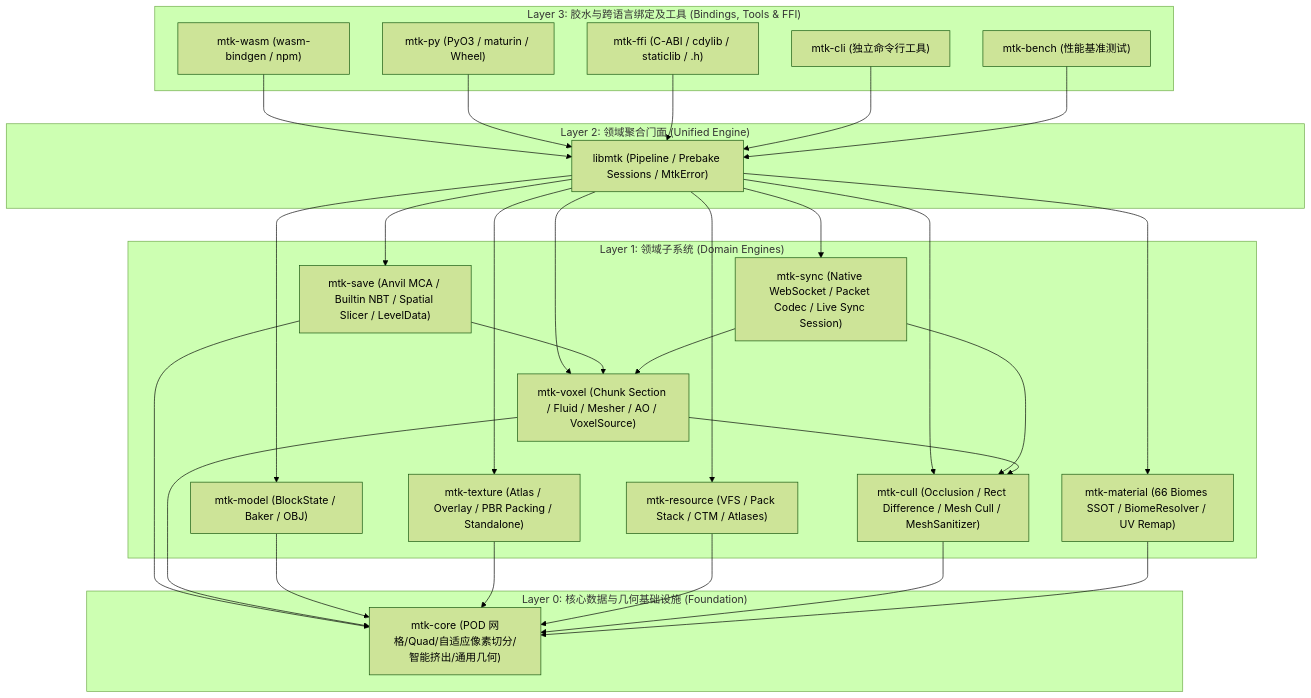
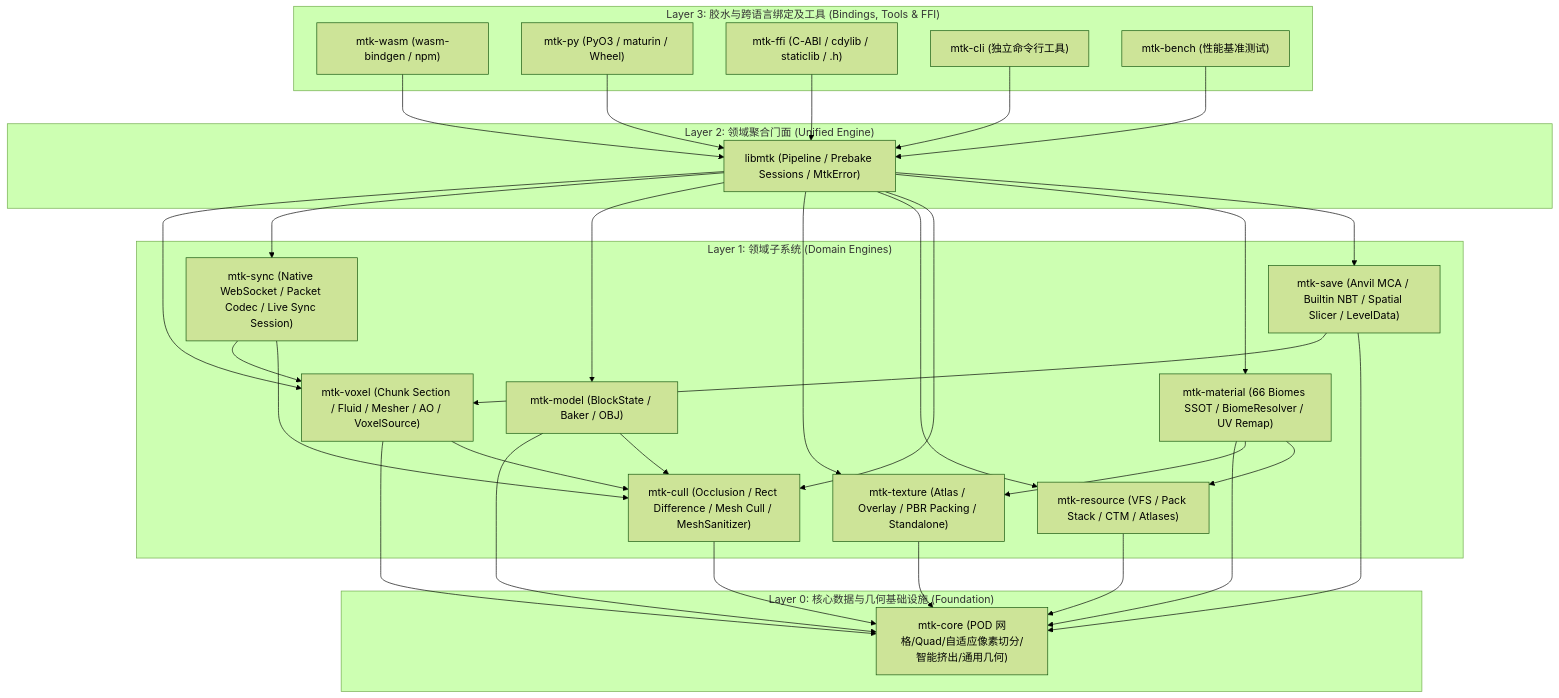
One commit to mozi1924/libmozitoolkit changed the diagram in docs/ARCHITECTURE.md. Above: the diagram before and after it, drawn with Mermaid (forest theme). The commit also changed other lines of this file and 37 other files, not shown here.

````diff
--- a/docs/ARCHITECTURE.md
+++ b/docs/ARCHITECTURE.md
@@ -18,57 +18,60 @@
 ```mermaid
 graph TD
     subgraph Layer3_Bindings["Layer 3: 胶水与跨语言绑定及工具 (Bindings, Tools & FFI)"]
         WASM["mtk-wasm (wasm-bindgen / npm)"]
         PY["mtk-py (PyO3 / maturin / Wheel)"]
         FFI["mtk-ffi (C-ABI / cdylib / staticlib / .h)"]
         CLI["mtk-cli (独立命令行工具)"]
         BENCH["mtk-bench (性能基准测试)"]
     end
 
     subgraph Layer2_Facade["Layer 2: 领域聚合门面 (Unified Engine)"]
         LIBMTK["libmtk (Pipeline / Prebake Sessions / MtkError)"]
     end
 
     subgraph Layer1_Domain["Layer 1: 领域子系统 (Domain Engines)"]
         VOXEL["mtk-voxel (Chunk Section / Fluid / Mesher / AO / VoxelSource)"]
         SYNC["mtk-sync (Native WebSocket / Packet Codec / Live Sync Session)"]
         MODEL["mtk-model (BlockState / Baker / OBJ)"]
         TEXTURE["mtk-texture (Atlas / Overlay / PBR Packing / Standalone)"]
         RESOURCE["mtk-resource (VFS / Pack Stack / CTM / Atlases)"]
         CULL["mtk-cull (Occlusion / Rect Difference / Mesh Cull / MeshSanitizer)"]
         MAT["mtk-material (66 Biomes SSOT / BiomeResolver / UV Remap)"]
         SAVE["mtk-save (Anvil MCA / Builtin NBT / Spatial Slicer / LevelData)"]
     end
 
     subgraph Layer0_Core["Layer 0: 核心数据与几何基础设施 (Foundation)"]
         CORE["mtk-core (POD 网格/Quad/自适应像素切分/智能挤出/通用几何)"]
     end
 
     WASM --> LIBMTK
     PY --> LIBMTK
     FFI --> LIBMTK
     CLI --> LIBMTK
     BENCH --> LIBMTK
 
     LIBMTK --> VOXEL
     LIBMTK --> SYNC
     LIBMTK --> MODEL
     LIBMTK --> TEXTURE
     LIBMTK --> RESOURCE
     LIBMTK --> CULL
     LIBMTK --> MAT
     LIBMTK --> SAVE
 
     SAVE --> VOXEL
     SAVE --> CORE
 
     SYNC --> VOXEL
     SYNC --> CULL
     VOXEL --> CORE
     VOXEL --> CULL
     MODEL --> CORE
+    MODEL --> CULL
     TEXTURE --> CORE
     RESOURCE --> CORE
     CULL --> CORE
     MAT --> CORE
+    MAT --> TEXTURE
+    MAT --> RESOURCE
 ```
````
